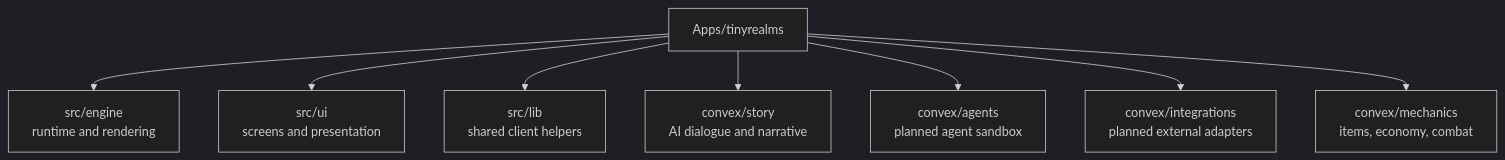
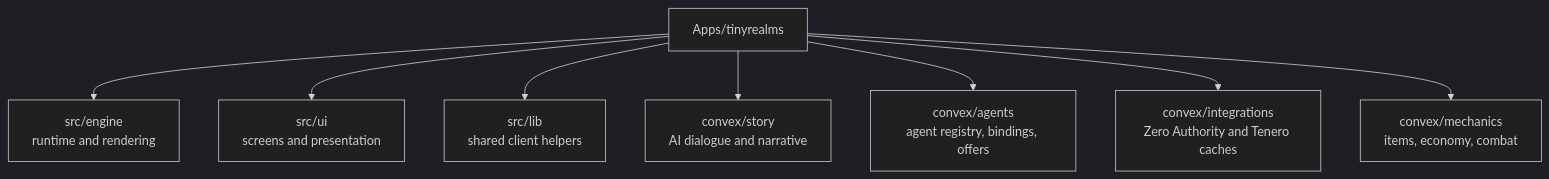
Diagram 12 of 14 in README.md (retroverse404/---stacks2d-dungeons-agents), drawn with Mermaid (dark theme) before and after one commit. The commit also changed other lines of this file and 2 other files, not shown here.

Commit message:
docs: align architecture and status with verified state

````diff
--- a/README.md
+++ b/README.md
@@ -625,19 +625,19 @@
 ```mermaid
 flowchart TD
   R[Apps/tinyrealms]
   R --> S[src/engine]
   R --> U[src/ui]
   R --> L[src/lib]
   R --> C[convex/story]
   R --> A[convex/agents]
   R --> I[convex/integrations]
   R --> M[convex/mechanics]
 
   S["src/engine<br/>runtime and rendering"]
   U["src/ui<br/>screens and presentation"]
   L["src/lib<br/>shared client helpers"]
   C["convex/story<br/>AI dialogue and narrative"]
-  A["convex/agents<br/>planned agent sandbox"]
-  I["convex/integrations<br/>planned external adapters"]
+  A["convex/agents<br/>agent registry, bindings, offers"]
+  I["convex/integrations<br/>Zero Authority and Tenero caches"]
   M["convex/mechanics<br/>items, economy, combat"]
 ```
````
